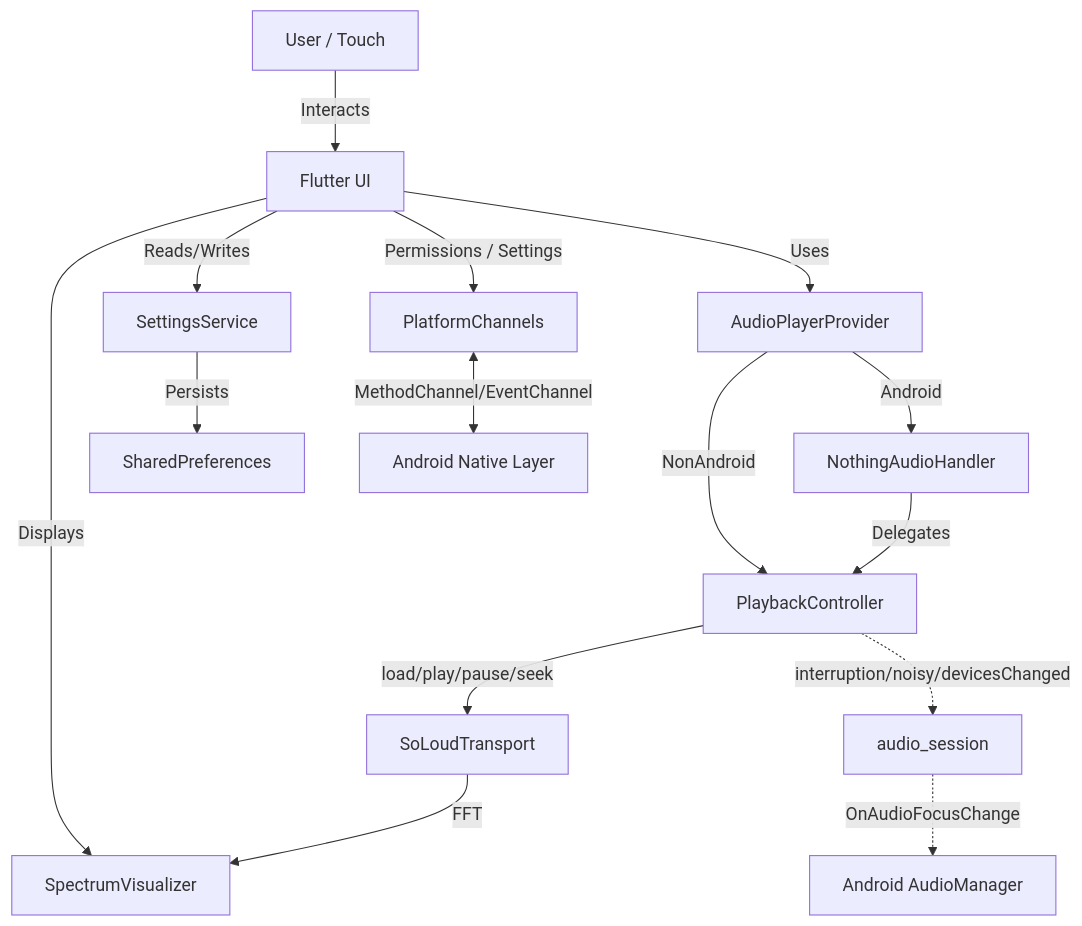
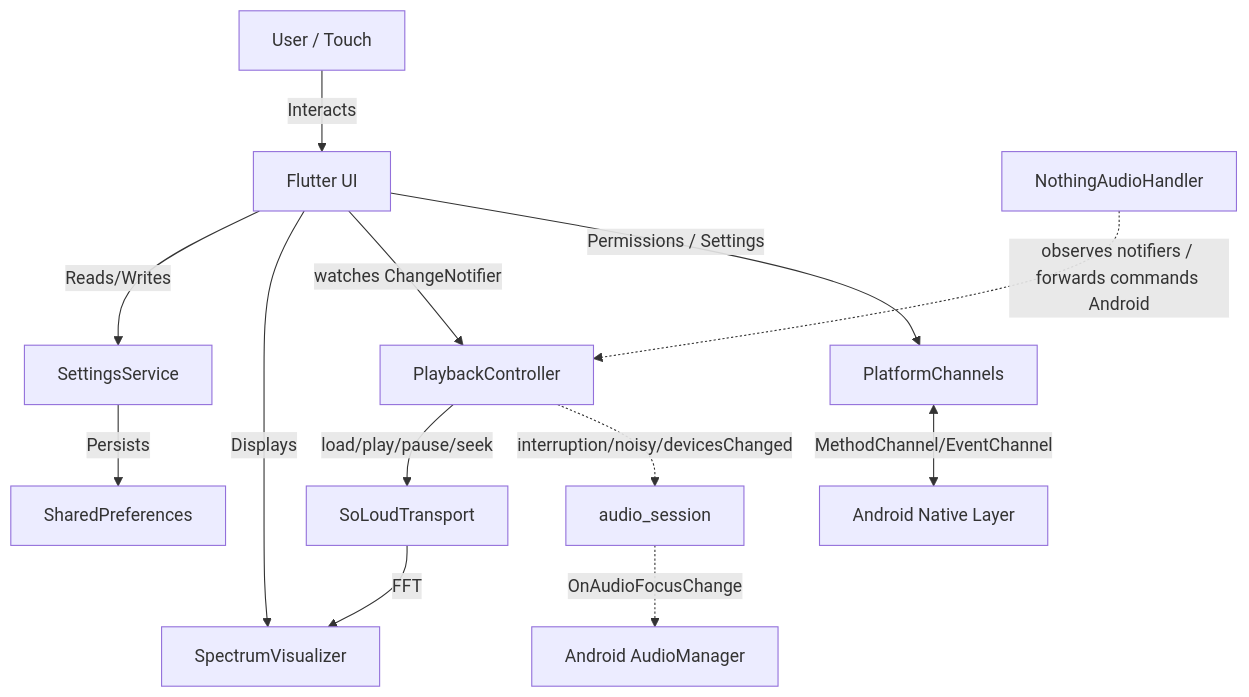
The diagram in docs/architecture/overview.md (maxim-saplin/nothingness), drawn with Mermaid before and after one commit. The commit also changed other lines of this file and 8 other files, not shown here.

First line of the commit message:
docs: align architecture/process docs to post-refactor reality; add goal-sloc.md retrospective

````diff
--- a/docs/architecture/overview.md
+++ b/docs/architecture/overview.md
@@ -7,18 +7,16 @@
 ```mermaid
 graph TD
     User[User / Touch] --> |Interacts| UI[Flutter UI]
     UI --> |Reads/Writes| Settings[SettingsService]
     UI --> |Displays| Vis[SpectrumVisualizer]
-    UI --> |Uses| Provider[AudioPlayerProvider]
-    Provider --> |Android| Handler[NothingAudioHandler]
-    Provider --> |NonAndroid| Controller[PlaybackController]
-    Handler --> |Delegates| Controller
+    UI --> |watches ChangeNotifier| Controller[PlaybackController]
+    Handler[NothingAudioHandler] -.-> |observes notifiers / forwards commands Android| Controller
     Controller --> |load/play/pause/seek| Transport[SoLoudTransport]
     Controller -.->|interruption/noisy/devicesChanged| AS[audio_session]
     AS -.->|OnAudioFocusChange| OS[Android AudioManager]
     UI --> |Permissions / Settings| PC[PlatformChannels]
 
     Settings --> |Persists| SP[SharedPreferences]
     PC <--> |MethodChannel/EventChannel| Native[Android Native Layer]
     Transport --> |FFT| Vis
 ```
````
